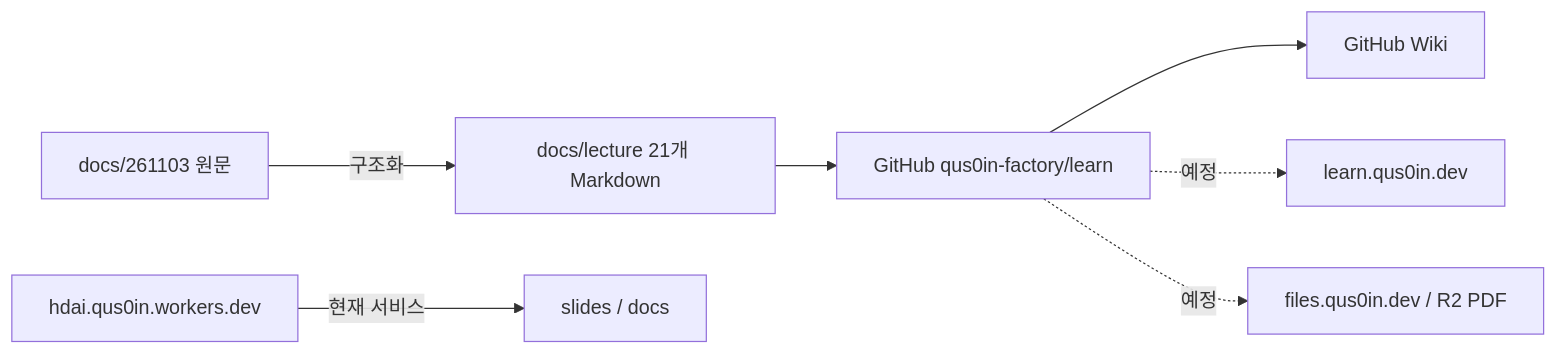
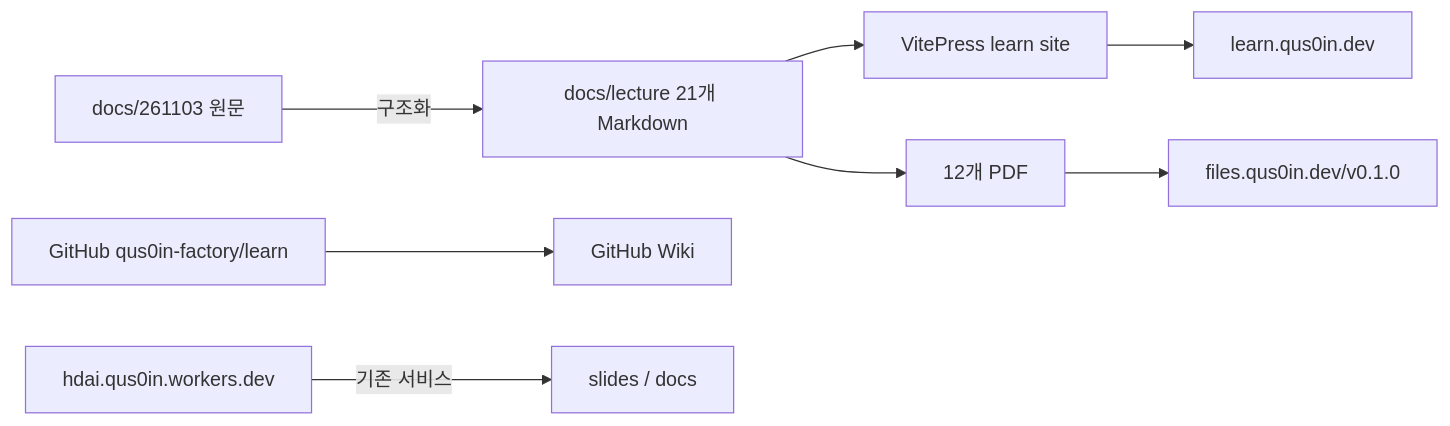
One commit to qus0in-factory/learn changed the diagram in README.md. Above: the diagram before and after it, drawn with Mermaid. The commit also changed other lines of this file, not shown here.

Commit message:
docs: update deployed learn site and pdf addresses

````diff
--- a/README.md
+++ b/README.md
@@ -5,9 +5,10 @@
 ```mermaid
 flowchart LR
     Source[docs/261103 원문] -->|구조화| Lecture[docs/lecture 21개 Markdown]
-    Lecture --> Repo[GitHub qus0in-factory/learn]
-    Repo --> Wiki[GitHub Wiki]
-    Repo -.->|예정| Site[learn.qus0in.dev]
-    Repo -.->|예정| Files[files.qus0in.dev / R2 PDF]
-    Current[hdai.qus0in.workers.dev] -->|현재 서비스| Slides[slides / docs]
+    Lecture --> Site[VitePress learn site]
+    Lecture --> Pdfs[12개 PDF]
+    Site --> Learn[learn.qus0in.dev]
+    Pdfs --> Files[files.qus0in.dev/v0.1.0]
+    Repo[GitHub qus0in-factory/learn] --> Wiki[GitHub Wiki]
+    Current[hdai.qus0in.workers.dev] -->|기존 서비스| Slides[slides / docs]
 ```
````
